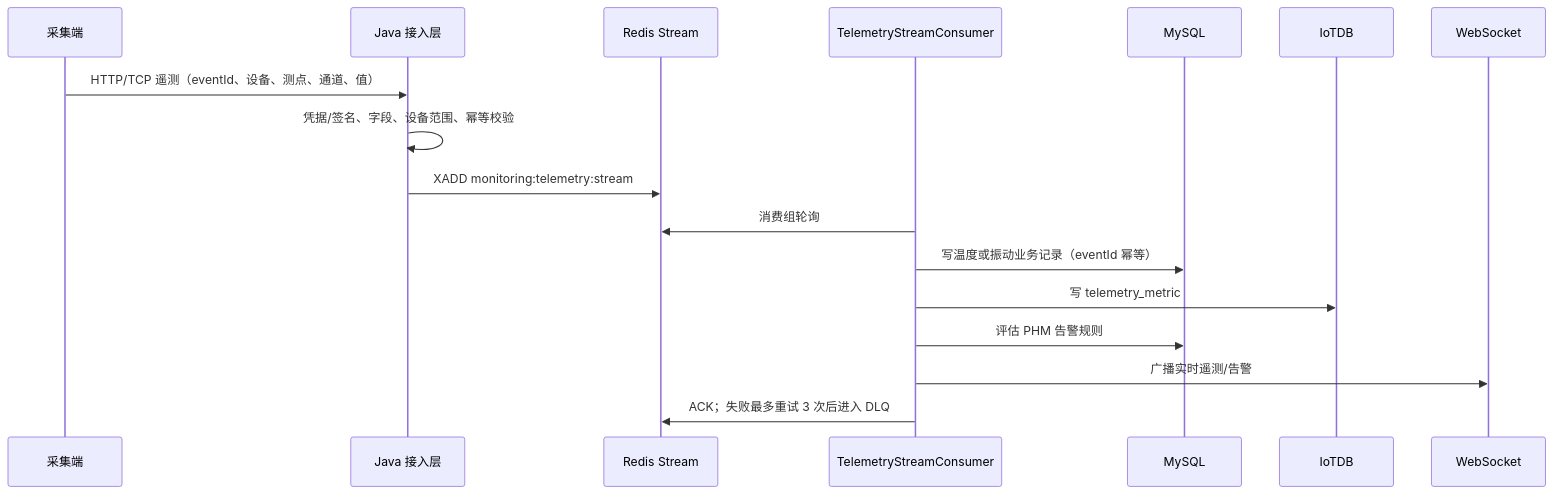
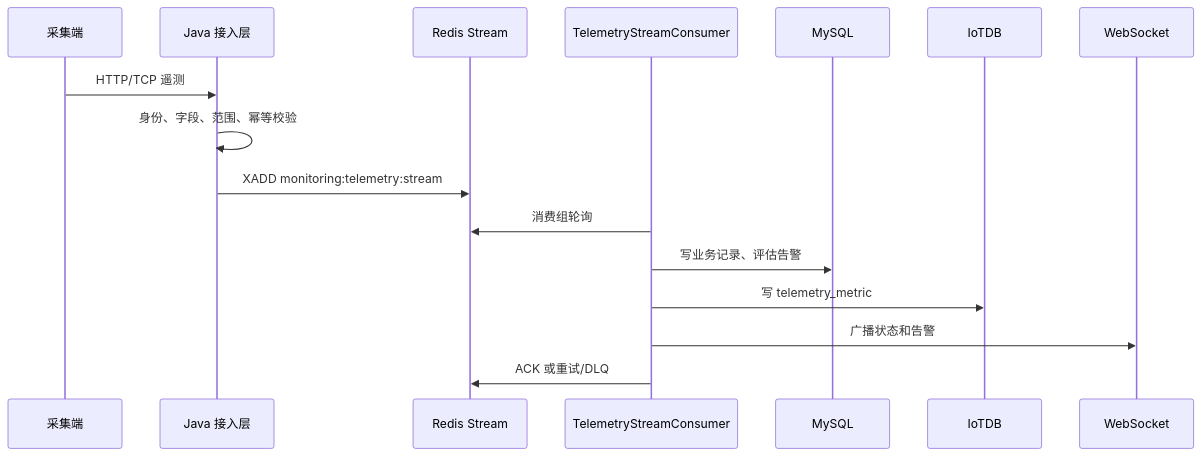
The second of 3 diagrams in AI_PROJECT_OVERVIEW.md (wangjiarui777/C-power_sheararm_platform), drawn with Mermaid before and after one commit. The commit also changed other lines of this file and 128 other files, not shown here.

````diff
--- a/AI_PROJECT_OVERVIEW.md
+++ b/AI_PROJECT_OVERVIEW.md
@@ -141,20 +199,19 @@
 ```mermaid
 sequenceDiagram
-    participant Edge as 采集端
-    participant API as Java 接入层
-    participant Stream as Redis Stream
-    participant Worker as TelemetryStreamConsumer
-    participant MySQL as MySQL
-    participant IoTDB as IoTDB
-    participant WS as WebSocket
+    participant E as 采集端
+    participant A as Java 接入层
+    participant R as Redis Stream
+    participant C as TelemetryStreamConsumer
+    participant M as MySQL
+    participant T as IoTDB
+    participant W as WebSocket
 
-    Edge->>API: HTTP/TCP 遥测（eventId、设备、测点、通道、值）
-    API->>API: 凭据/签名、字段、设备范围、幂等校验
-    API->>Stream: XADD monitoring:telemetry:stream
-    Worker->>Stream: 消费组轮询
-    Worker->>MySQL: 写温度或振动业务记录（eventId 幂等）
-    Worker->>IoTDB: 写 telemetry_metric
-    Worker->>MySQL: 评估 PHM 告警规则
-    Worker->>WS: 广播实时遥测/告警
-    Worker->>Stream: ACK；失败最多重试 3 次后进入 DLQ
+    E->>A: HTTP/TCP 遥测
+    A->>A: 身份、字段、范围、幂等校验
+    A->>R: XADD monitoring:telemetry:stream
+    C->>R: 消费组轮询
+    C->>M: 写业务记录、评估告警
+    C->>T: 写 telemetry_metric
+    C->>W: 广播状态和告警
+    C->>R: ACK 或重试/DLQ
 ```
````
